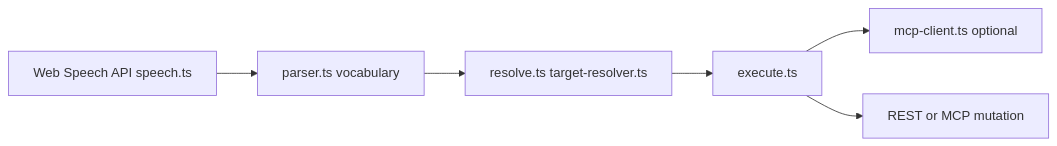
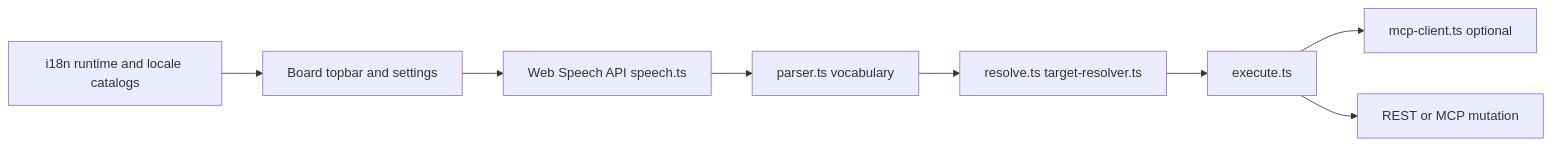
One commit to bhardwajRahul/scrumboy changed the first of 2 diagrams in docs/diagrams/scrumboy_voiceflow.md. Above: the diagram before and after it, drawn with Mermaid. The commit also changed other lines of this file and 6 other files, not shown here.

````diff
--- a/docs/diagrams/scrumboy_voiceflow.md
+++ b/docs/diagrams/scrumboy_voiceflow.md
@@ -5,13 +5,17 @@
 ```mermaid
 flowchart LR
+  UI[Board topbar and settings]
+  I18n[i18n runtime and locale catalogs]
   Mic[Web Speech API speech.ts]
   Parse[parser.ts vocabulary]
   Resolve[resolve.ts target-resolver.ts]
   Exec[execute.ts]
   McpC[mcp-client.ts optional]
   API[REST or MCP mutation]
 
+  I18n --> UI
+  UI --> Mic
   Mic --> Parse --> Resolve --> Exec
   Exec --> McpC
   Exec --> API
 ```
````
